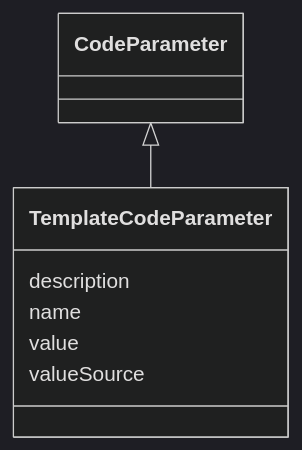
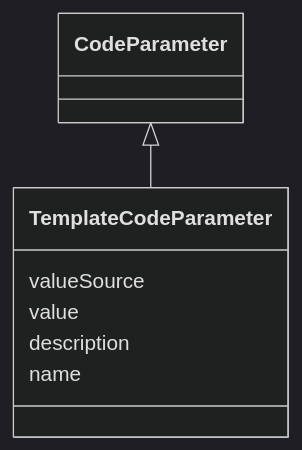
Before and after one commit to cdisc-org/analysis-results-standard: the diagram in project/docs/TemplateCodeParameter.md, drawn with Mermaid (dark theme). The commit also changed other lines of this file and 192 other files, not shown here.

````diff
--- a/project/docs/TemplateCodeParameter.md
+++ b/project/docs/TemplateCodeParameter.md
@@ -15,15 +13,11 @@
 ```mermaid
  classDiagram
     class TemplateCodeParameter
       CodeParameter <|-- TemplateCodeParameter
-      
-      TemplateCodeParameter : description
+
+      TemplateCodeParameter : valueSource
+        TemplateCodeParameter : value
+        TemplateCodeParameter : description
+        TemplateCodeParameter : name
         
-      TemplateCodeParameter : name
-        
-      TemplateCodeParameter : value
-        
-      TemplateCodeParameter : valueSource
-        
-      
 ```
````
